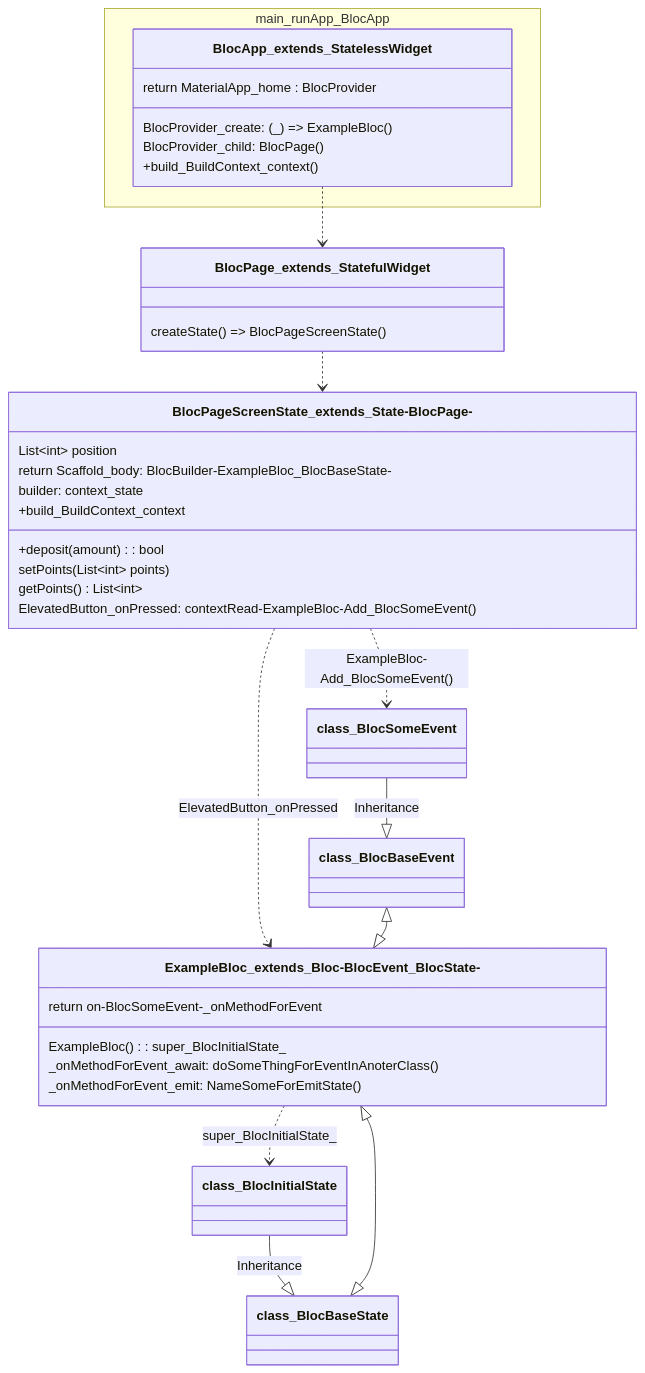
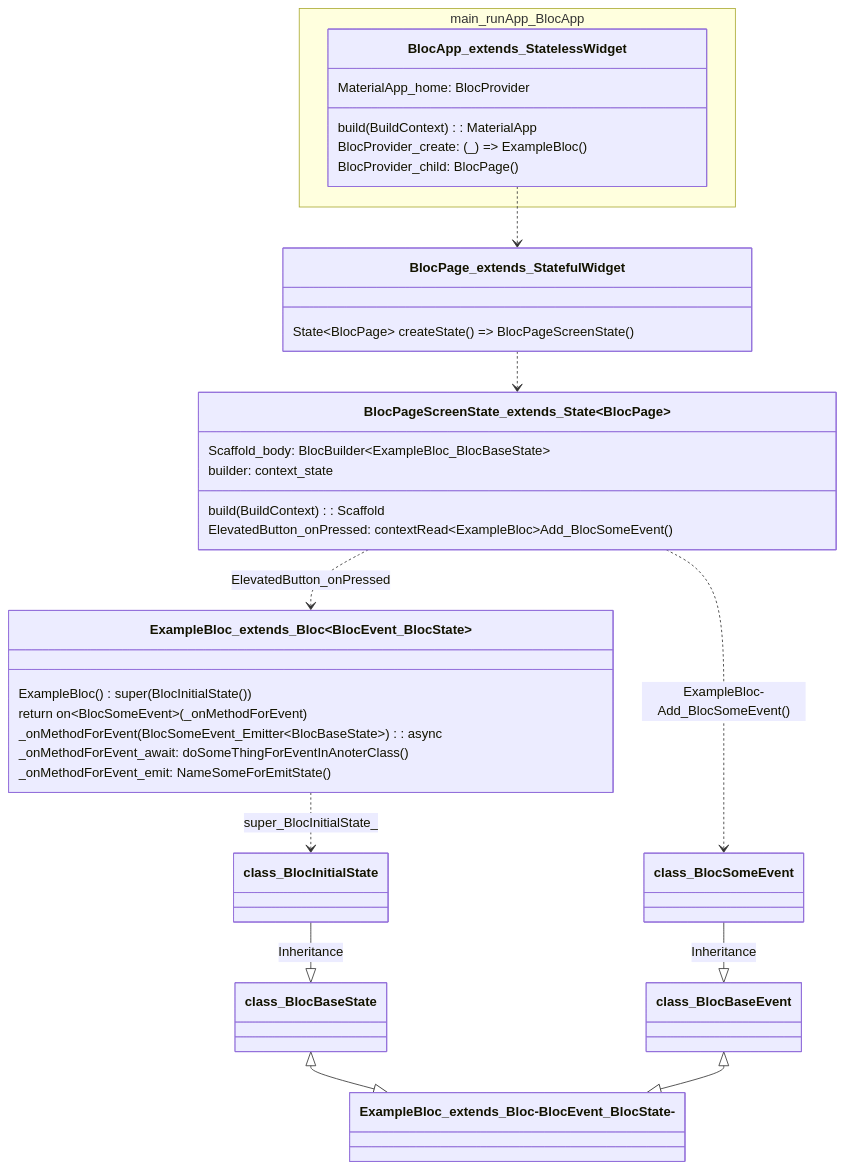
The diagram in a_base/code_concepts/lib/mmd/bloc_provider.mmd (MartyMcAir/dart_experimental), drawn with Mermaid before and after one commit.

Commit message:
upd bloc_provider.mmd

```diff
--- a/a_base/code_concepts/lib/mmd/bloc_provider.mmd
+++ b/a_base/code_concepts/lib/mmd/bloc_provider.mmd
@@ -1,46 +1,42 @@
 classDiagram
     BlocApp_extends_StatelessWidget ..> BlocPage_extends_StatefulWidget
-    BlocPage_extends_StatefulWidget ..> BlocPageScreenState_extends_State-BlocPage-
-    BlocPageScreenState_extends_State-BlocPage- ..> ExampleBloc_extends_Bloc-BlocEvent_BlocState- : ElevatedButton_onPressed
+    BlocPage_extends_StatefulWidget ..> BlocPageScreenState_extends_State~BlocPage~
+    BlocPageScreenState_extends_State~BlocPage~ ..> ExampleBloc_extends_Bloc~BlocEvent_BlocState~ : ElevatedButton_onPressed
 
-    BlocPageScreenState_extends_State-BlocPage- ..> class_BlocSomeEvent : ExampleBloc-Add_BlocSomeEvent()
-    ExampleBloc_extends_Bloc-BlocEvent_BlocState- ..> class_BlocInitialState : super_BlocInitialState_
+    BlocPageScreenState_extends_State~BlocPage~ ..> class_BlocSomeEvent : ExampleBloc-Add_BlocSomeEvent()
+    ExampleBloc_extends_Bloc~BlocEvent_BlocState~ ..> class_BlocInitialState : super_BlocInitialState_
 
 
   class_BlocInitialState --|> class_BlocBaseState : Inheritance
   class_BlocSomeEvent --|> class_BlocBaseEvent : Inheritance
 
   class_BlocBaseState <|--|> ExampleBloc_extends_Bloc-BlocEvent_BlocState-
   class_BlocBaseEvent <|--|> ExampleBloc_extends_Bloc-BlocEvent_BlocState-
 
 namespace main_runApp_BlocApp {
     class BlocApp_extends_StatelessWidget {
-      return MaterialApp_home : BlocProvider
+      build(BuildContext) : MaterialApp
+      MaterialApp_home: BlocProvider
       BlocProvider_create: (_) => ExampleBloc()
       BlocProvider_child: BlocPage()
-      +build_BuildContext_context()
     }
 }
 
     class BlocPage_extends_StatefulWidget {
-      createState() => BlocPageScreenState()
+      State~BlocPage~ createState() => BlocPageScreenState()
     }
 
-    class BlocPageScreenState_extends_State-BlocPage- {
-    +deposit(amount) : bool
-    List~int~ position
-    setPoints(List~int~ points)
-    getPoints() List~int~
-
-    return Scaffold_body: BlocBuilder-ExampleBloc_BlocBaseState-
+    class BlocPageScreenState_extends_State~BlocPage~ {
+    build(BuildContext) : Scaffold
+    Scaffold_body: BlocBuilder~ExampleBloc_BlocBaseState~
     builder: context_state
-    ElevatedButton_onPressed: contextRead-ExampleBloc-Add_BlocSomeEvent()
-      +build_BuildContext_context
+    ElevatedButton_onPressed: contextRead~ExampleBloc~Add_BlocSomeEvent()
     }
 
-    class ExampleBloc_extends_Bloc-BlocEvent_BlocState- {
-    ExampleBloc() : super_BlocInitialState_
-    return on-BlocSomeEvent-_onMethodForEvent
+    class ExampleBloc_extends_Bloc~BlocEvent_BlocState~ {
+    ExampleBloc() : super(BlocInitialState())
+    return on~BlocSomeEvent~(_onMethodForEvent)
+    _onMethodForEvent(BlocSomeEvent_Emitter~BlocBaseState~) : async
     _onMethodForEvent_await: doSomeThingForEventInAnoterClass()
     _onMethodForEvent_emit: NameSomeForEmitState()
     }
```
